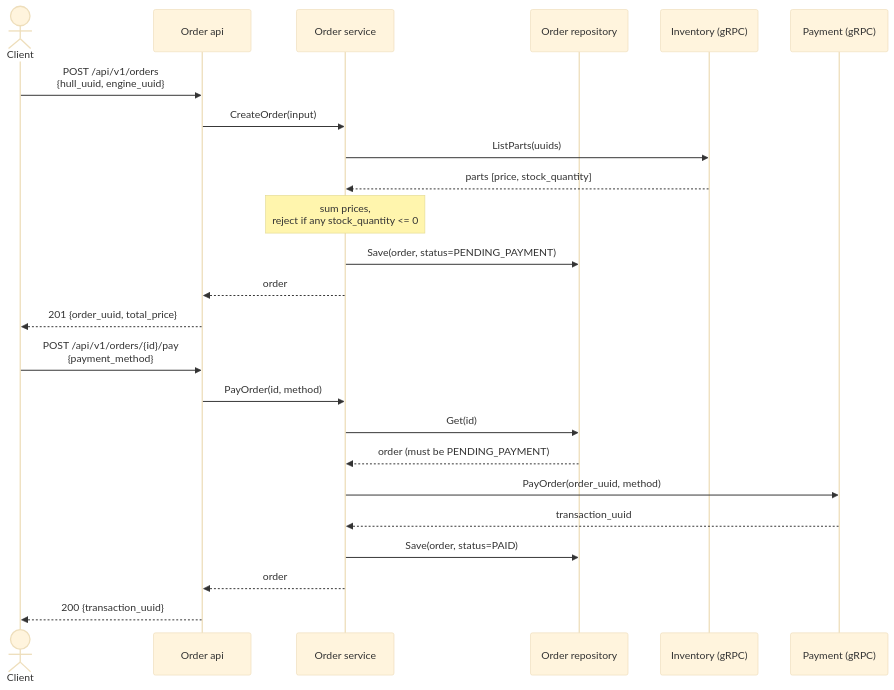
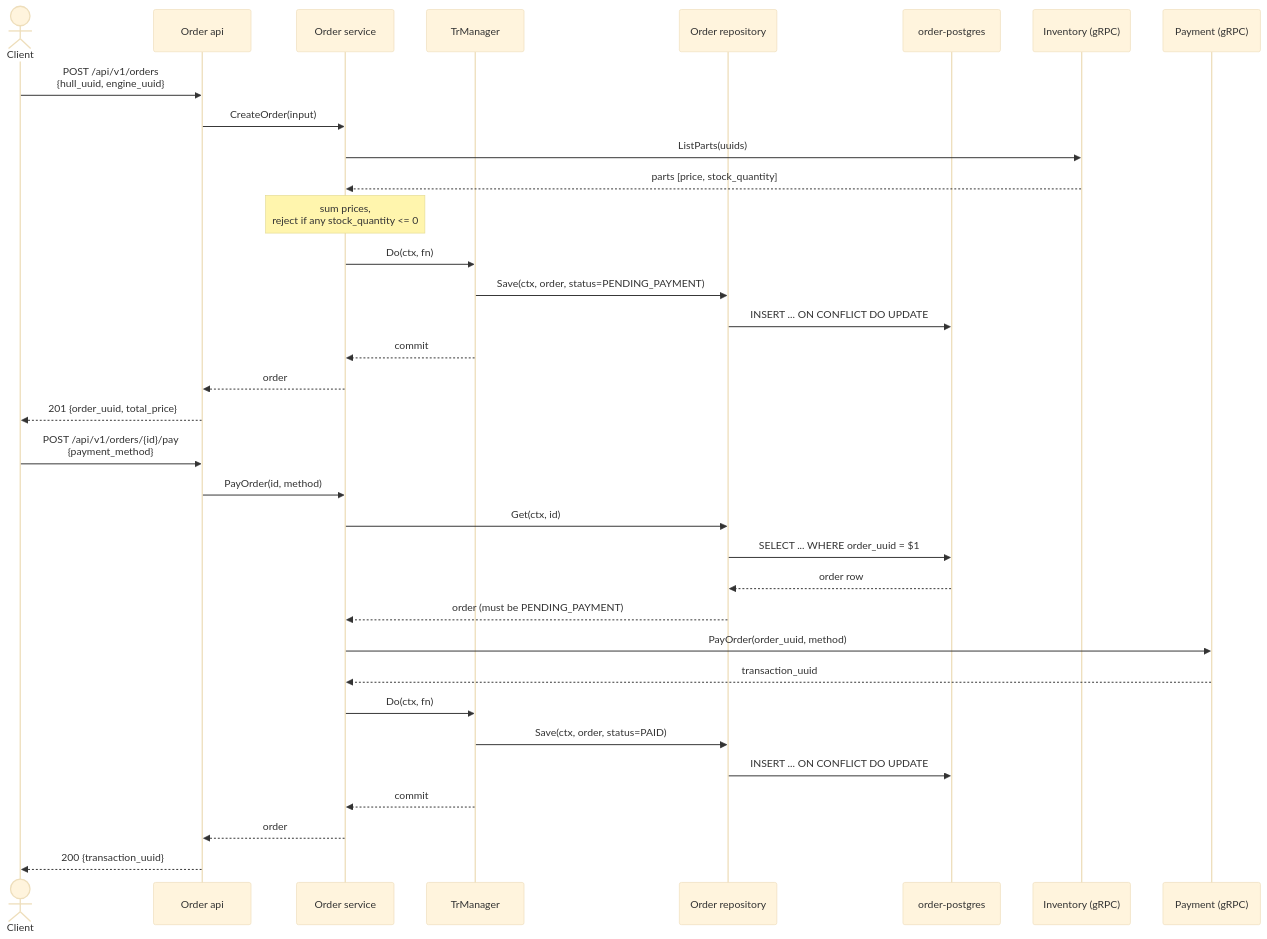
Before and after one commit to omaigo88/ms-ex: the third of 3 diagrams in docs/architecture.md, drawn with Mermaid (base theme). The commit also changed other lines of this file and 32 other files, not shown here.

````diff
--- a/docs/architecture.md
+++ b/docs/architecture.md
@@ -64,28 +122,38 @@
 ```mermaid
 sequenceDiagram
     actor Client
     participant OAPI as Order api
     participant OSvc as Order service
+    participant TrM as TrManager
     participant ORepo as Order repository
+    participant DB as order-postgres
     participant Inv as Inventory (gRPC)
     participant Pay as Payment (gRPC)
 
     Client->>OAPI: POST /api/v1/orders<br/>{hull_uuid, engine_uuid}
     OAPI->>OSvc: CreateOrder(input)
     OSvc->>Inv: ListParts(uuids)
     Inv-->>OSvc: parts [price, stock_quantity]
     Note over OSvc: sum prices,<br/>reject if any stock_quantity <= 0
-    OSvc->>ORepo: Save(order, status=PENDING_PAYMENT)
+    OSvc->>TrM: Do(ctx, fn)
+    TrM->>ORepo: Save(ctx, order, status=PENDING_PAYMENT)
+    ORepo->>DB: INSERT ... ON CONFLICT DO UPDATE
+    TrM-->>OSvc: commit
     OSvc-->>OAPI: order
     OAPI-->>Client: 201 {order_uuid, total_price}
 
     Client->>OAPI: POST /api/v1/orders/{id}/pay<br/>{payment_method}
     OAPI->>OSvc: PayOrder(id, method)
-    OSvc->>ORepo: Get(id)
+    OSvc->>ORepo: Get(ctx, id)
+    ORepo->>DB: SELECT ... WHERE order_uuid = $1
+    DB-->>ORepo: order row
     ORepo-->>OSvc: order (must be PENDING_PAYMENT)
     OSvc->>Pay: PayOrder(order_uuid, method)
     Pay-->>OSvc: transaction_uuid
-    OSvc->>ORepo: Save(order, status=PAID)
+    OSvc->>TrM: Do(ctx, fn)
+    TrM->>ORepo: Save(ctx, order, status=PAID)
+    ORepo->>DB: INSERT ... ON CONFLICT DO UPDATE
+    TrM-->>OSvc: commit
     OSvc-->>OAPI: order
     OAPI-->>Client: 200 {transaction_uuid}
 ```
````
